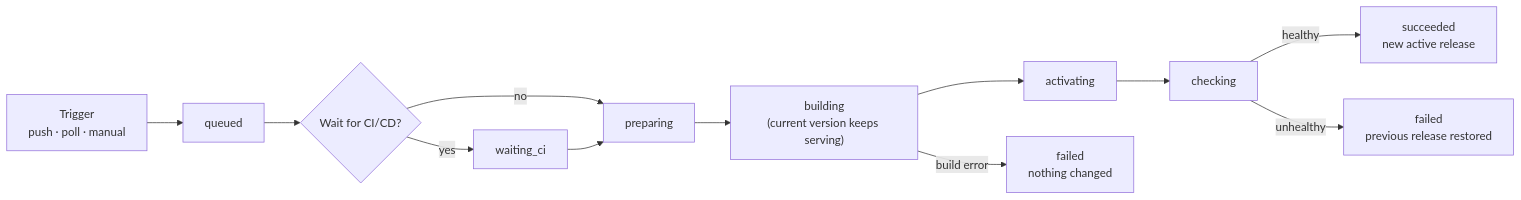
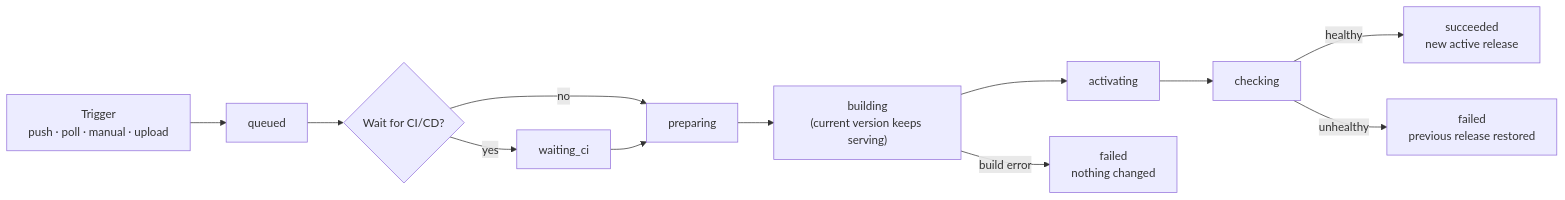
One commit to vicape92/repodeploy changed the diagram in README.md. Above: the diagram before and after it, drawn with Mermaid. The commit also changed other lines of this file, not shown here.

````diff
--- a/README.md
+++ b/README.md
@@ -96,14 +118,14 @@
 ```mermaid
 flowchart LR
-    T["Trigger<br/>push · poll · manual"] --> Q[queued]
+    T["Trigger<br/>push · poll · manual · upload"] --> Q[queued]
     Q --> W{Wait for CI/CD?}
     W -- yes --> CI[waiting_ci]
     W -- no --> P[preparing]
     CI --> P
     P --> B["building<br/>(current version keeps serving)"]
     B --> A[activating]
     A --> C[checking]
     C -- healthy --> OK["succeeded<br/>new active release"]
     C -- unhealthy --> R["failed<br/>previous release restored"]
     B -- build error --> F["failed<br/>nothing changed"]
 ```
````
